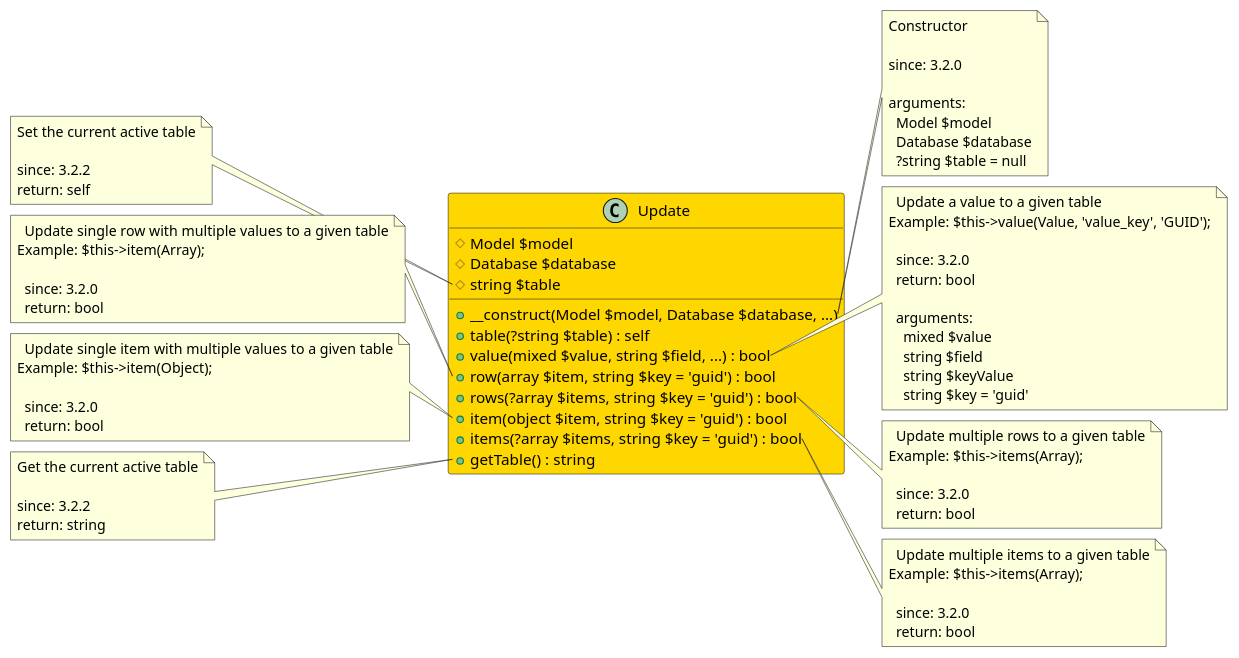
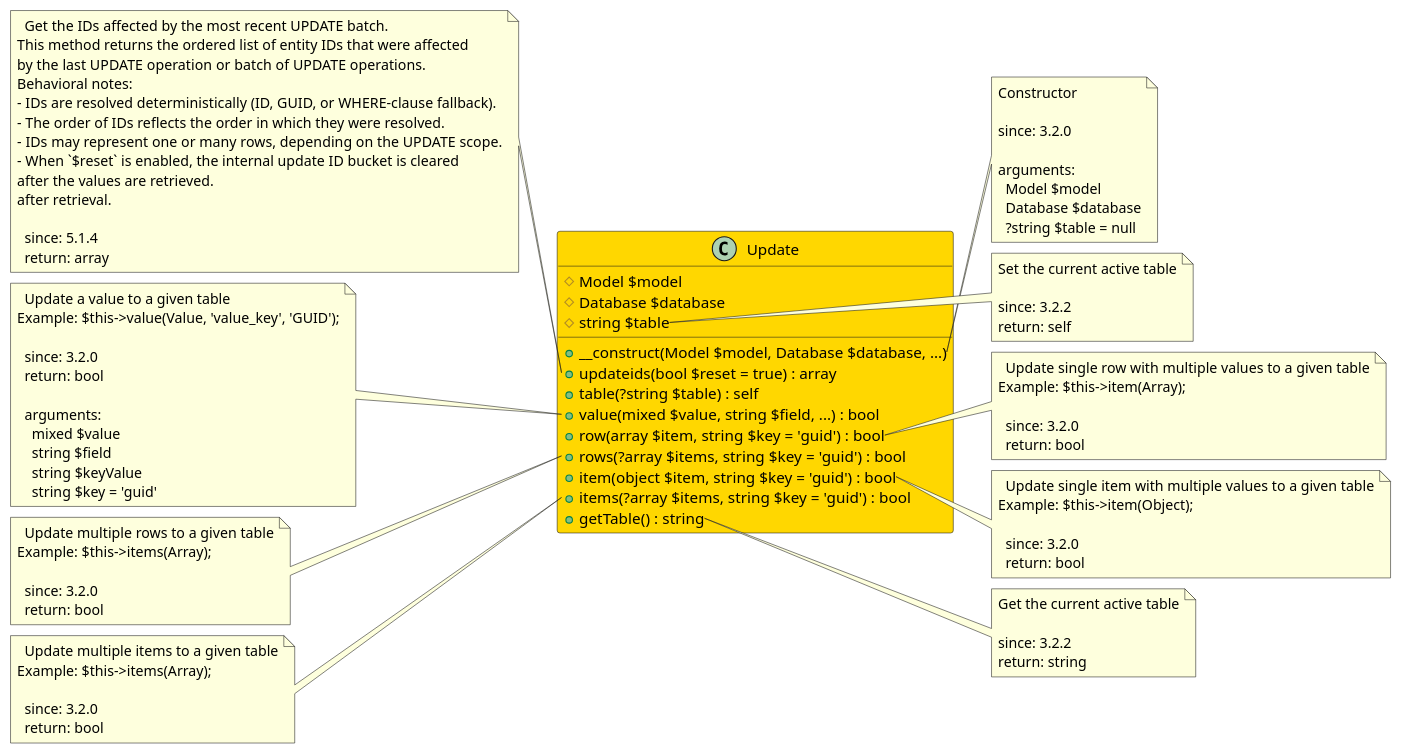
One commit to joomengine/super-powers changed the diagram in src/8f83fb79-f92b-4f1f-952b-325f6c22d11e/README.md. Above: the diagram before and after it, drawn with PlantUML. The commit also changed 115 other files, not shown here.

```diff
--- a/src/8f83fb79-f92b-4f1f-952b-325f6c22d11e/README.md
+++ b/src/8f83fb79-f92b-4f1f-952b-325f6c22d11e/README.md
@@ -10,6 +10,7 @@
   # Database $database
   # string $table
   + __construct(Model $model, Database $database, ...)
+  + updateids(bool $reset = true) : array
   + table(?string $table) : self
   + value(mixed $value, string $field, ...) : bool
   + row(array $item, string $key = 'guid') : bool
@@ -30,14 +31,30 @@
     ?string $table = null
 end note
 
-note left of Update::table
+note left of Update::updateids
+  Get the IDs affected by the most recent UPDATE batch.
+This method returns the ordered list of entity IDs that were affected
+by the last UPDATE operation or batch of UPDATE operations.
+Behavioral notes:
+- IDs are resolved deterministically (ID, GUID, or WHERE-clause fallback).
+- The order of IDs reflects the order in which they were resolved.
+- IDs may represent one or many rows, depending on the UPDATE scope.
+- When `$reset` is enabled, the internal update ID bucket is cleared
+after the values are retrieved.
+after retrieval.
+
+  since: 5.1.4
+  return: array
+end note
+
+note right of Update::table
   Set the current active table
 
   since: 3.2.2
   return: self
 end note
 
-note right of Update::value
+note left of Update::value
   Update a value to a given table
 Example: $this->value(Value, 'value_key', 'GUID');
 
@@ -51,7 +68,7 @@
     string $key = 'guid'
 end note
 
-note left of Update::row
+note right of Update::row
   Update single row with multiple values to a given table
 Example: $this->item(Array);
 
@@ -59,7 +76,7 @@
   return: bool
 end note
 
-note right of Update::rows
+note left of Update::rows
   Update multiple rows to a given table
 Example: $this->items(Array);
 
@@ -67,7 +84,7 @@
   return: bool
 end note
 
-note left of Update::item
+note right of Update::item
   Update single item with multiple values to a given table
 Example: $this->item(Object);
 
@@ -75,7 +92,7 @@
   return: bool
 end note
 
-note right of Update::items
+note left of Update::items
   Update multiple items to a given table
 Example: $this->items(Array);
 
@@ -83,7 +100,7 @@
   return: bool
 end note
 
-note left of Update::getTable
+note right of Update::getTable
   Get the current active table
 
   since: 3.2.2
```
